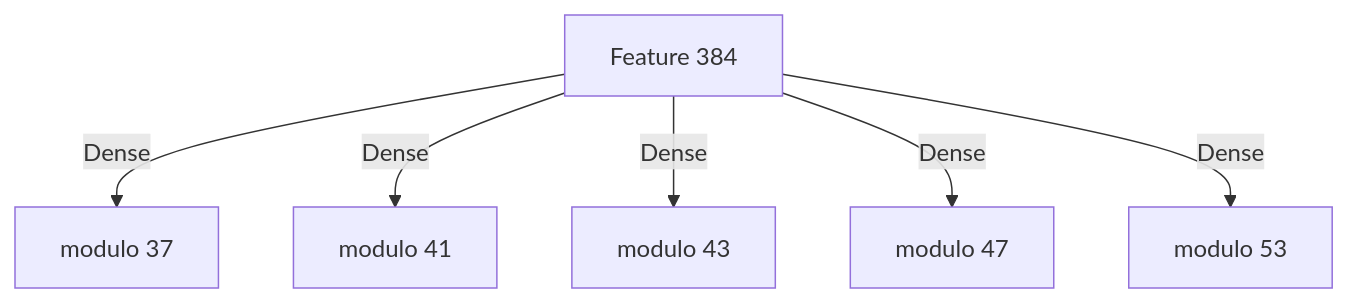
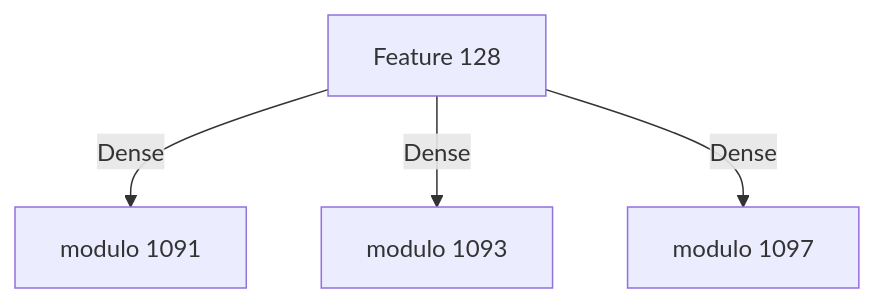
The second of 2 diagrams in README.md (lithium0003/findtextCenterNet), drawn with Mermaid before and after one commit. The commit also changed other lines of this file, not shown here.

````diff
--- a/README.md
+++ b/README.md
@@ -65,8 +68,6 @@
 ```mermaid
   flowchart TD;
-    Input[Feature 384]-- Dense --> Output37[modulo 37];
-    Input[Feature 384]-- Dense --> Output41[modulo 41];
-    Input[Feature 384]-- Dense --> Output43[modulo 43];
-    Input[Feature 384]-- Dense --> Output47[modulo 47];
-    Input[Feature 384]-- Dense --> Output53[modulo 53];
+    Input[Feature 128]-- Dense --> Output1091[modulo 1091];
+    Input[Feature 128]-- Dense --> Output1093[modulo 1093];
+    Input[Feature 128]-- Dense --> Output1097[modulo 1097];
 ```
````
